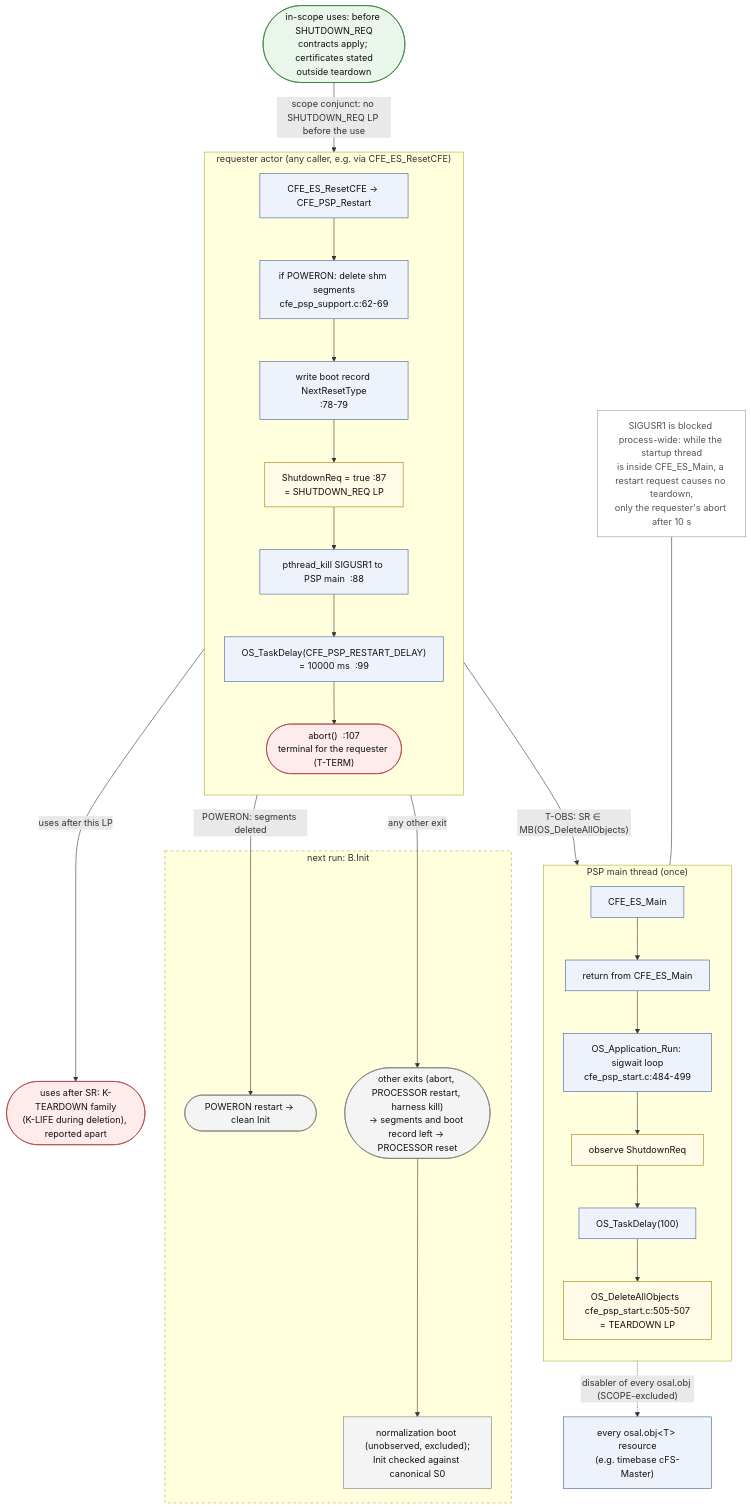
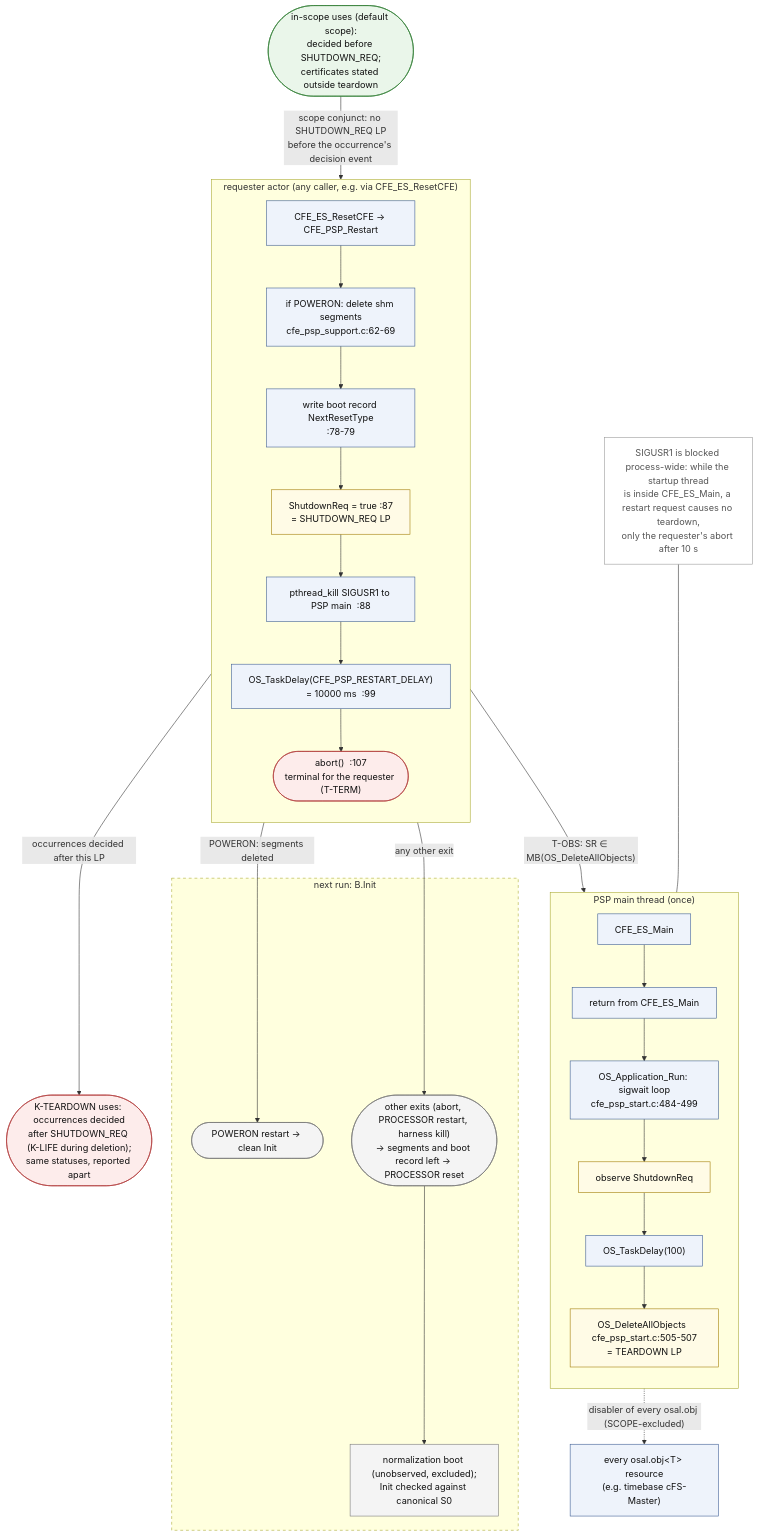
One commit to wookjaeya/Shape-Perf changed the diagram in research/cfs_procrace/Architecture/diagrams/D9_teardown_scoping.mmd. Above: the diagram before and after it, drawn with Mermaid. The commit also changed 43 other files, not shown here.

First line of the commit message:
Architecture: mirror SPEC rev 1.1 into Korean docs, PI decisions, terminology background and diagrams; first consistency-fix round

```diff
--- a/research/cfs_procrace/Architecture/diagrams/D9_teardown_scoping.mmd
+++ b/research/cfs_procrace/Architecture/diagrams/D9_teardown_scoping.mmd
@@ -1,61 +1,61 @@
 flowchart TD
     %% D9 - teardown scoping on pc-linux. Source: spec §12 D9; §3.5, §1.6 (scope), §4.5 (SCOPE), §4.13, App. A.7.
     %% Lines are in psp/fsw/pc-linux/src. In this diagram the dashed edge is the spec's "⇢" (disabler relation,
     %% SCOPE-excluded from in-scope certificates); the dashed border marks the next run.
 
     subgraph REQ["requester actor (any caller, e.g. via CFE_ES_ResetCFE)"]
         direction TB
         Q1["CFE_ES_ResetCFE → CFE_PSP_Restart"]
         Q2["if POWERON: delete shm segments<br/>cfe_psp_support.c:62-69"]
         Q3["write boot record NextResetType<br/>:78-79"]
         Q4["ShutdownReq = true  :87<br/>= SHUTDOWN_REQ LP"]
         Q5["pthread_kill SIGUSR1 to PSP main  :88"]
         Q6["OS_TaskDelay(CFE_PSP_RESTART_DELAY)<br/>= 10000 ms  :99"]
         Q7(["abort()  :107<br/>terminal for the requester (T-TERM)"])
         Q1 --> Q2 --> Q3 --> Q4 --> Q5 --> Q6 --> Q7
     end
 
     subgraph MAIN["PSP main thread (once)"]
         direction TB
         M1["CFE_ES_Main"]
         M2["return from CFE_ES_Main"]
         M3["OS_Application_Run: sigwait loop<br/>cfe_psp_start.c:484-499"]
         M4["observe ShutdownReq"]
         M5["OS_TaskDelay(100)"]
         M6["OS_DeleteAllObjects  cfe_psp_start.c:505-507<br/>= TEARDOWN LP"]
         M1 --> M2 --> M3 --> M4 --> M5 --> M6
     end
 
     OBJ["every osal.obj#60;T#62; resource<br/>(e.g. timebase cFS-Master)"]
-    INS(["in-scope uses: before SHUTDOWN_REQ<br/>contracts apply; certificates stated<br/>outside teardown"])
-    KTD(["uses after SR: K-TEARDOWN family<br/>(K-LIFE during deletion), reported apart"])
+    INS(["in-scope uses (default scope):<br/>decided before SHUTDOWN_REQ;<br/>certificates stated outside teardown"])
+    KTD(["K-TEARDOWN uses: occurrences decided<br/>after SHUTDOWN_REQ (K-LIFE during deletion);<br/>same statuses, reported apart"])
     NOTE["SIGUSR1 is blocked process-wide: while the startup thread<br/>is inside CFE_ES_Main, a restart request causes no teardown,<br/>only the requester's abort after 10 s"]
 
     subgraph NEXT["next run: B.Init"]
         N1(["POWERON restart → clean Init"])
         N2(["other exits (abort, PROCESSOR restart, harness kill)<br/>→ segments and boot record left → PROCESSOR reset"])
         N3["normalization boot (unobserved, excluded);<br/>Init checked against canonical S0"]
         N2 --> N3
     end
 
     Q4 -->|"T-OBS: SR ∈ MB(OS_DeleteAllObjects)"| M4
     M6 -.->|"disabler of every osal.obj (SCOPE-excluded)"| OBJ
-    Q4 -->|"uses after this LP"| KTD
-    INS -->|"scope conjunct: no SHUTDOWN_REQ LP before the use"| Q4
+    Q4 -->|"occurrences decided after this LP"| KTD
+    INS -->|"scope conjunct: no SHUTDOWN_REQ LP<br/>before the occurrence's decision event"| Q4
     Q2 -->|"POWERON: segments deleted"| N1
     Q7 -->|"any other exit"| N2
     NOTE --- M2
 
     classDef comp fill:#eef3fb,stroke:#3b5b92,color:#111
     classDef key fill:#fffbe6,stroke:#a07a00,color:#111
     classDef term fill:#fdeceb,stroke:#b23b3b,color:#111
     classDef ok fill:#eaf6ea,stroke:#2e7d32,color:#111
     classDef note fill:#ffffff,stroke:#999,color:#555
     classDef next fill:#f4f4f4,stroke:#777,color:#111
     class Q1,Q2,Q3,Q5,Q6,M1,M2,M3,M5,OBJ comp
     class Q4,M4,M6 key
     class Q7,KTD term
     class INS ok
     class NOTE note
     class N1,N2,N3 next
     style NEXT stroke-dasharray:5 5
```
